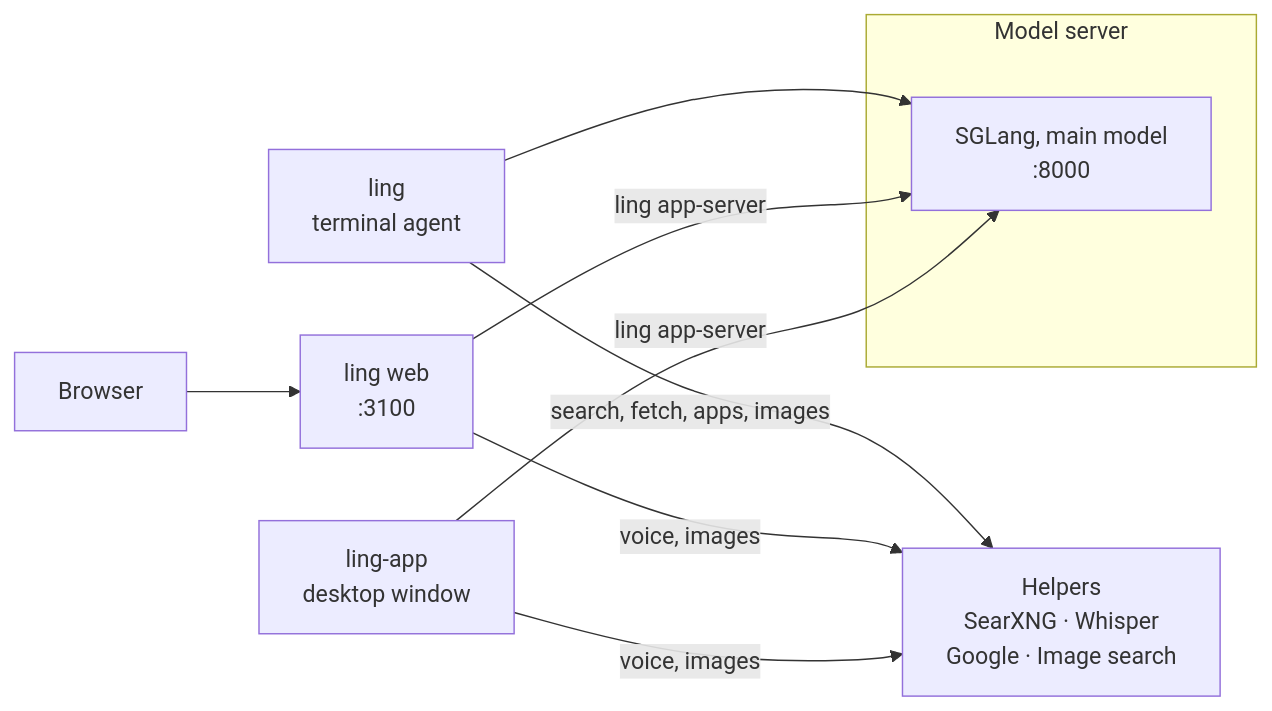
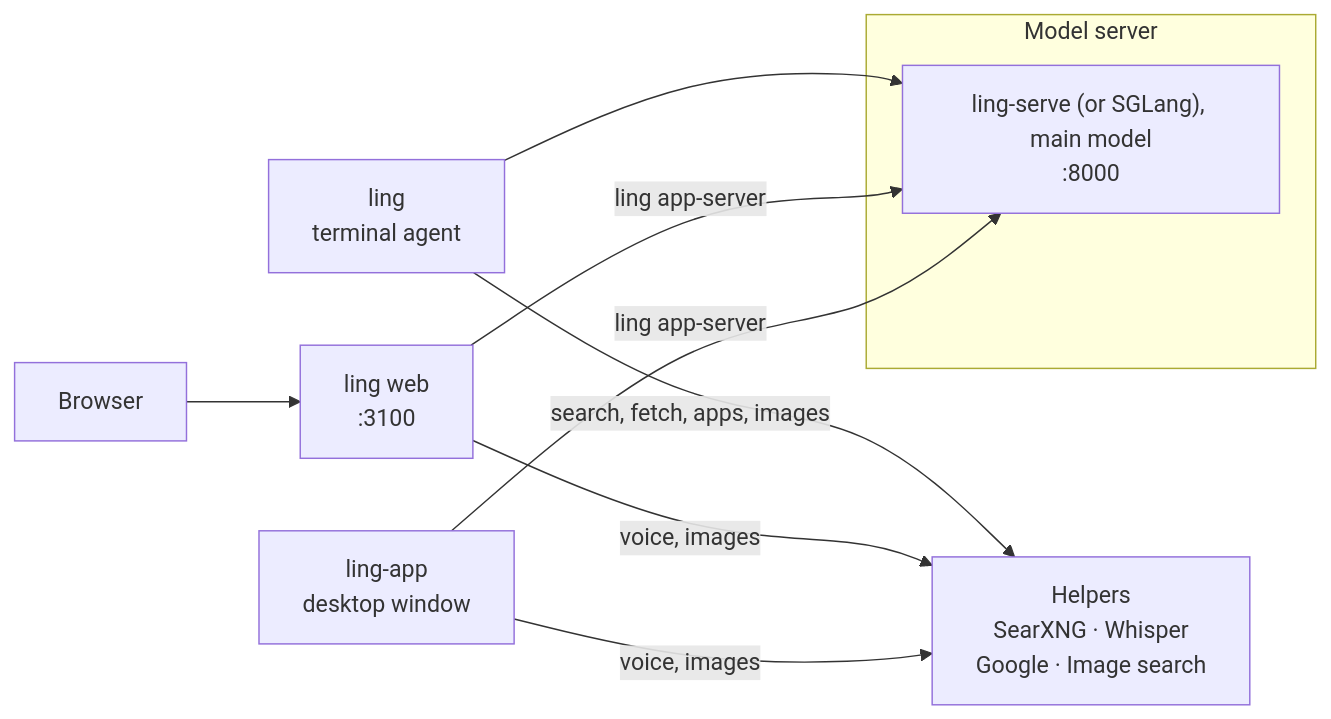
The first of 2 diagrams in docs/architecture.md (dreamference/mightling), drawn with Mermaid before and after one commit. The commit also changed other lines of this file and 24 other files, not shown here.

````diff
--- a/docs/architecture.md
+++ b/docs/architecture.md
@@ -9,18 +9,18 @@
 ```mermaid
 flowchart LR
     T["ling<br/>terminal agent"]
     B["Browser"]
     D["ling-app<br/>desktop window"]
     W["ling web<br/>:3100"]
     H["Helpers<br/>SearXNG · Whisper<br/>Google · Image search"]
     subgraph models["Model server"]
-        V["SGLang, main model<br/>:8000"]
+        V["ling-serve (or SGLang), main model<br/>:8000"]
     end
     T --> V
     T -- "search, fetch, apps, images" --> H
     B --> W
     W -- "ling app-server" --> V
     W -- "voice, images" --> H
     D -- "ling app-server" --> V
     D -- "voice, images" --> H
 ```
````
